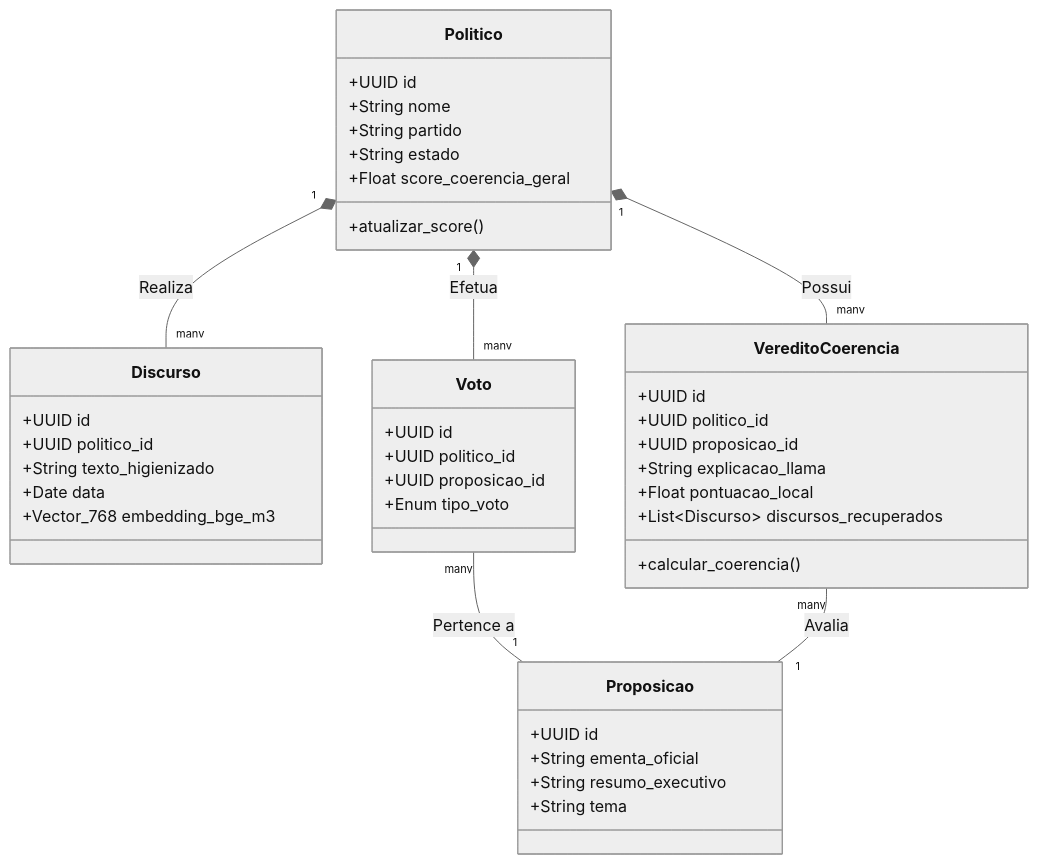
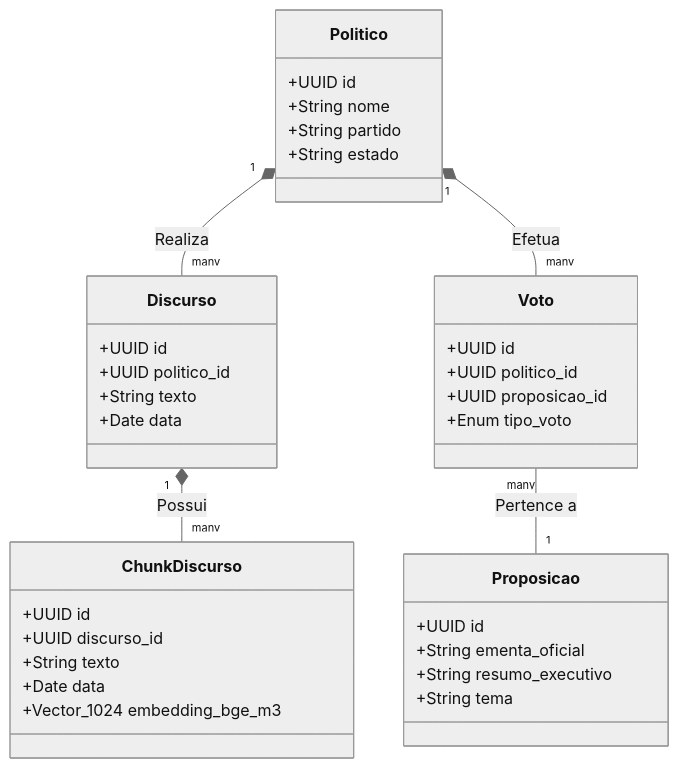
The fourth of 4 diagrams in docs/docs/arquitetura.md (henriquemendeselias/2026.1-ContraDito), drawn with Mermaid (neutral theme) before and after one commit. The commit also changed other lines of this file and 5 other files, not shown here.

````diff
--- a/docs/docs/arquitetura.md
+++ b/docs/docs/arquitetura.md
@@ -113,49 +125,45 @@
 ```mermaid
 classDiagram
   class Politico {
     +UUID id
     +String nome
     +String partido
     +String estado
-    +Float score_coerencia_geral
-    +atualizar_score()
   }
   
   class Proposicao {
     +UUID id
     +String ementa_oficial
     +String resumo_executivo
     +String tema
   }
   
   class Discurso {
     +UUID id
     +UUID politico_id
-    +String texto_higienizado
+    +String texto
     +Date data
-    +Vector_768 embedding_bge_m3
+
+  }
+
+  class ChunkDiscurso {
+    +UUID id
+    +UUID discurso_id
+    +String texto
+    +Date data
+    +Vector_1024 embedding_bge_m3
   }
   
   class Voto {
     +UUID id
     +UUID politico_id
     +UUID proposicao_id
     +Enum tipo_voto
   }
   
-  class VereditoCoerencia {
-    +UUID id
-    +UUID politico_id
-    +UUID proposicao_id
-    +String explicacao_llama
-    +Float pontuacao_local
-    +List~Discurso~ discursos_recuperados
-    +calcular_coerencia()
-  }
 
   Politico "1" *-- "many" Discurso : Realiza
   Politico "1" *-- "many" Voto : Efetua
+  Discurso "1" *-- "many" ChunkDiscurso : Possui
   Voto "many" -- "1" Proposicao : Pertence a
-  Politico "1" *-- "many" VereditoCoerencia : Possui
-  VereditoCoerencia "many" -- "1" Proposicao : Avalia
 ```
````
